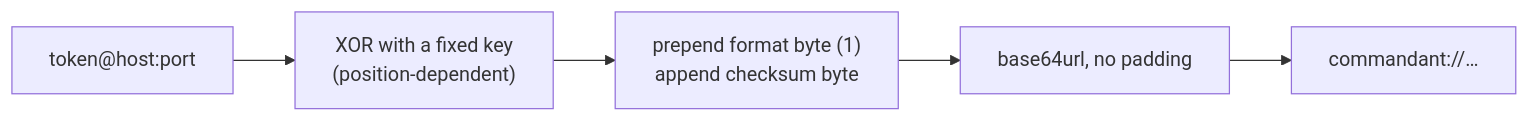
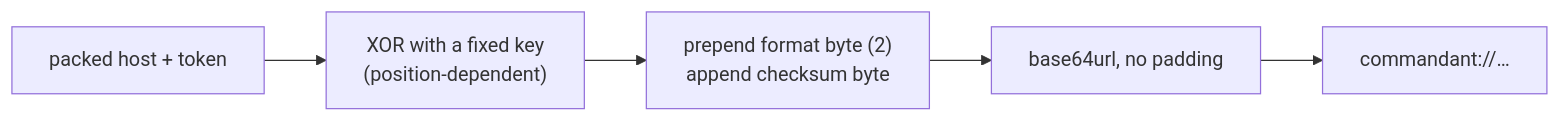
The second of 8 diagrams in docs/architecture.md (EwenSellitto/Commandant), drawn with Mermaid before and after one commit. The commit also changed other lines of this file and 2 other files, not shown here.

````diff
--- a/docs/architecture.md
+++ b/docs/architecture.md
@@ -59,7 +69,7 @@
 ```mermaid
 flowchart LR
-    P["token@host:port"] --> X["XOR with a fixed key<br/>(position-dependent)"]
-    X --> F["prepend format byte (1)<br/>append checksum byte"]
+    P["packed host + token"] --> X["XOR with a fixed key<br/>(position-dependent)"]
+    X --> F["prepend format byte (2)<br/>append checksum byte"]
     F --> B["base64url, no padding"]
     B --> L["commandant://…"]
 ```
````
